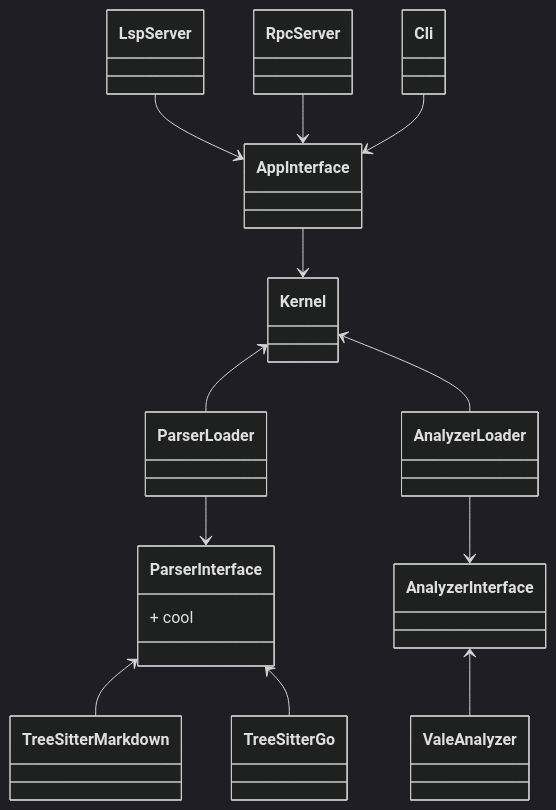
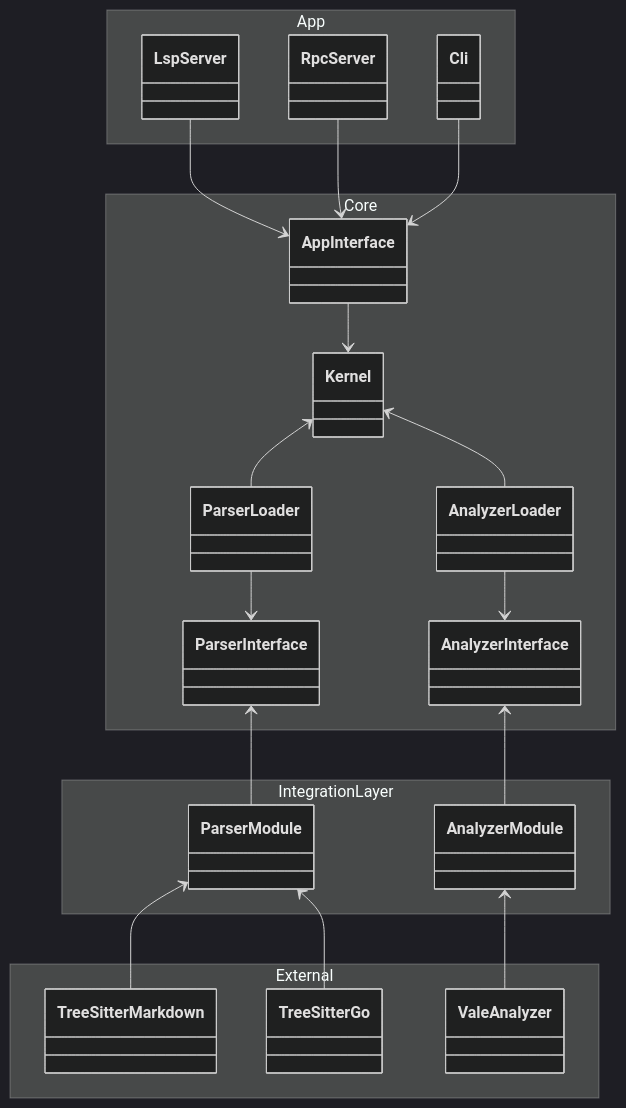
Before and after one commit to rafaeltab/code_analyzer: the diagram in docs/pages/designs/architecture.mdx, drawn with Mermaid (dark theme). The commit also changed other lines of this file and 17 other files, not shown here.

````diff
--- a/docs/pages/designs/architecture.mdx
+++ b/docs/pages/designs/architecture.mdx
@@ -38,20 +69,47 @@
 ```mermaid
 classDiagram
-    class ParserInterface {
-        + cool
+    namespace External {
+        class TreeSitterMarkdown
+        class TreeSitterGo
+        class ValeAnalyzer
     }
-    ParserInterface <-- TreeSitterMarkdown
-    ParserInterface <-- TreeSitterGo
+
+    namespace IntegrationLayer {
+        class ParserModule
+        class AnalyzerModule
+    }
+
+    namespace Core {
+        class ParserLoader
+        class AnalyzerLoader
+        class Kernel
+        class AppInterface
+
+        class ParserInterface
+        class AnalyzerInterface
+    }
+
+    namespace App {
+        class LspServer
+        class RpcServer
+        class Cli
+    }
+
+    ParserModule <-- TreeSitterMarkdown
+    ParserModule <-- TreeSitterGo
     ParserLoader --> ParserInterface
 
-    AnalyzerInterface <-- ValeAnalyzer
+    ParserInterface <-- ParserModule
+    AnalyzerInterface <-- AnalyzerModule
+
+    AnalyzerModule <-- ValeAnalyzer
     AnalyzerLoader --> AnalyzerInterface
 
     Kernel <-- ParserLoader
     Kernel <-- AnalyzerLoader
 
     AppInterface --> Kernel
     LspServer --> AppInterface
     RpcServer --> AppInterface
     Cli --> AppInterface
 ```
````
